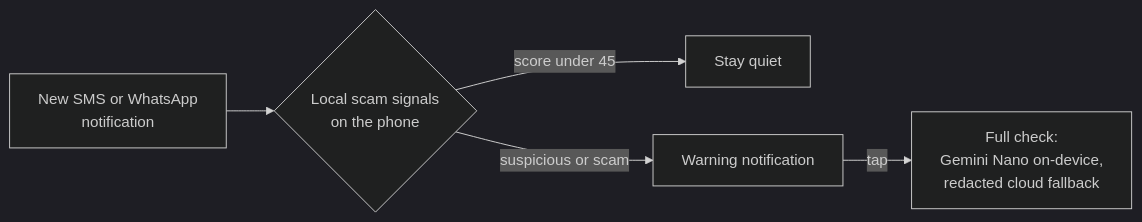
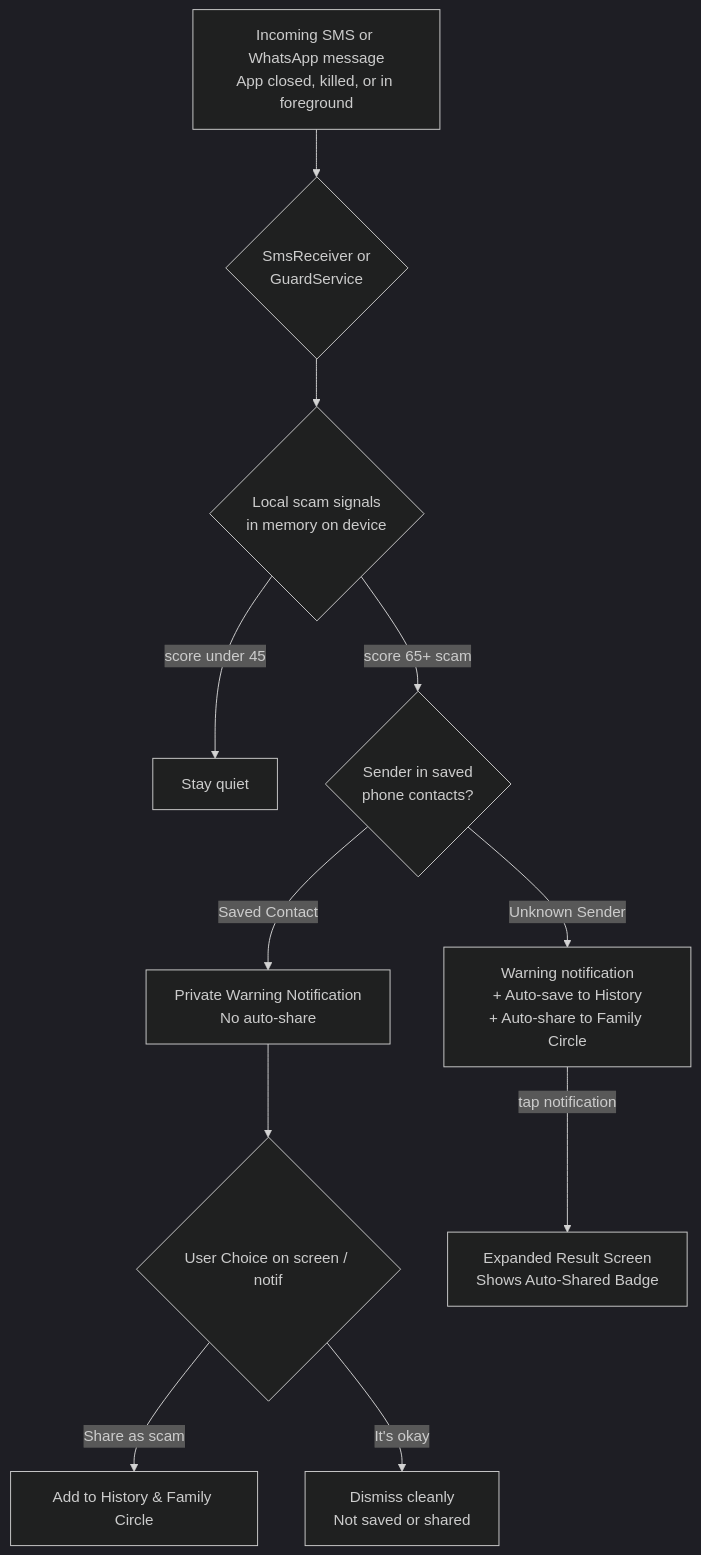
One commit to Anushka180712/Build-HybridAI changed the first of 3 diagrams in README.md. Above: the diagram before and after it, drawn with Mermaid (dark theme). The commit also changed other lines of this file, not shown here.

Commit message:
docs: update README with 24/7 background guard, smart contact awareness, and red flag breakdown

````diff
--- a/README.md
+++ b/README.md
@@ -166,7 +169,13 @@
 ```mermaid
-flowchart LR
-  N[New SMS or WhatsApp<br/>notification] --> G{Local scam signals<br/>on the phone}
-  G -- score under 45 --> Q[Stay quiet]
-  G -- suspicious or scam --> W[Warning notification]
-  W -- tap --> H[Full check:<br/>Gemini Nano on-device,<br/>redacted cloud fallback]
+flowchart TD
+  N[Incoming SMS or WhatsApp message<br/>App closed, killed, or in foreground] --> REC{SmsReceiver or<br/>GuardService}
+  REC --> SIG{Local scam signals<br/>in memory on device}
+  SIG -- score under 45 --> Q[Stay quiet]
+  SIG -- score 65+ scam --> CHK{Sender in saved<br/>phone contacts?}
+  CHK -- Unknown Sender --> UNK[Warning notification<br/>+ Auto-save to History<br/>+ Auto-share to Family Circle]
+  CHK -- Saved Contact --> KNW[Private Warning Notification<br/>No auto-share]
+  KNW --> ACT{User Choice on screen / notif}
+  ACT -- "Share as scam" --> SHR[Add to History & Family Circle]
+  ACT -- "It's okay" --> DIS[Dismiss cleanly<br/>Not saved or shared]
+  UNK -- tap notification --> RES[Expanded Result Screen<br/>Shows Auto-Shared Badge]
 ```
````
